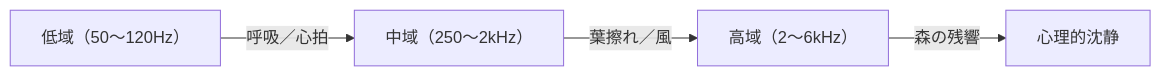
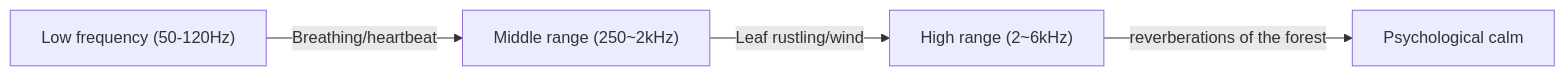
Before and after one commit to monumental-movement/monumental-movement.github.io: the second of 2 diagrams in en/_posts/2025-10-27-column-recondite-forest.md, drawn with Mermaid. The commit also changed other lines of this file and 152 other files, not shown here.

```diff
--- a/en/_posts/2025-10-27-column-recondite-forest.md
+++ b/en/_posts/2025-10-27-column-recondite-forest.md
@@ -154,8 +154,8 @@
 <div class="mermaid">
 
 graph LR
-    A["低域（50〜120Hz）"] -->|呼吸／心拍| B["中域（250〜2kHz）"]
-    B -->|葉擦れ／風| C["高域（2〜6kHz）"]
-    C -->|森の残響| D["心理的沈静"]
+    A["Low frequency (50-120Hz)"] -->|Breathing/heartbeat| B["Middle range (250~2kHz)"]
+    B -->|Leaf rustling/wind| C["High range (2~6kHz)"]
+    C -->|reverberations of the forest| D["Psychological calm"]
 
 </div>
```
